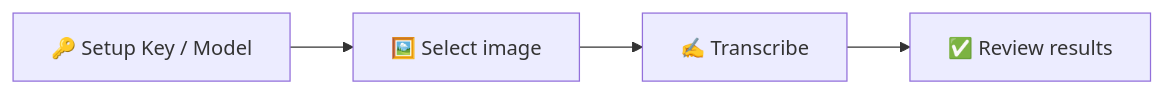
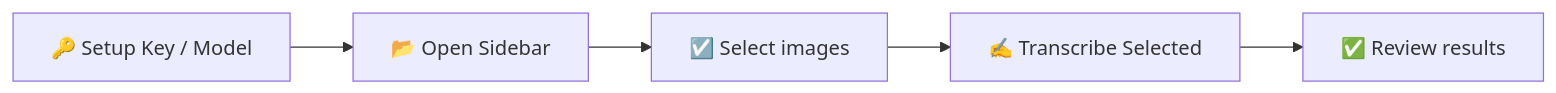
One commit to dekochka/geneascript-gdoc-addon changed the second of 3 diagrams in docs/USER_GUIDE.md. Above: the diagram before and after it, drawn with Mermaid. The commit also changed other lines of this file and 8 other files, not shown here.

````diff
--- a/docs/USER_GUIDE.md
+++ b/docs/USER_GUIDE.md
@@ -20,6 +20,7 @@
 ```mermaid
 flowchart LR
-  D[🔑 Setup Key / Model] --> E[🖼️ Select image]
-  E --> F[✍️ Transcribe]
-  F --> G[✅ Review results]
+  D[🔑 Setup Key / Model] --> E[📂 Open Sidebar]
+  E --> F[☑️ Select images]
+  F --> G[✍️ Transcribe Selected]
+  G --> H[✅ Review results]
 ```
````
